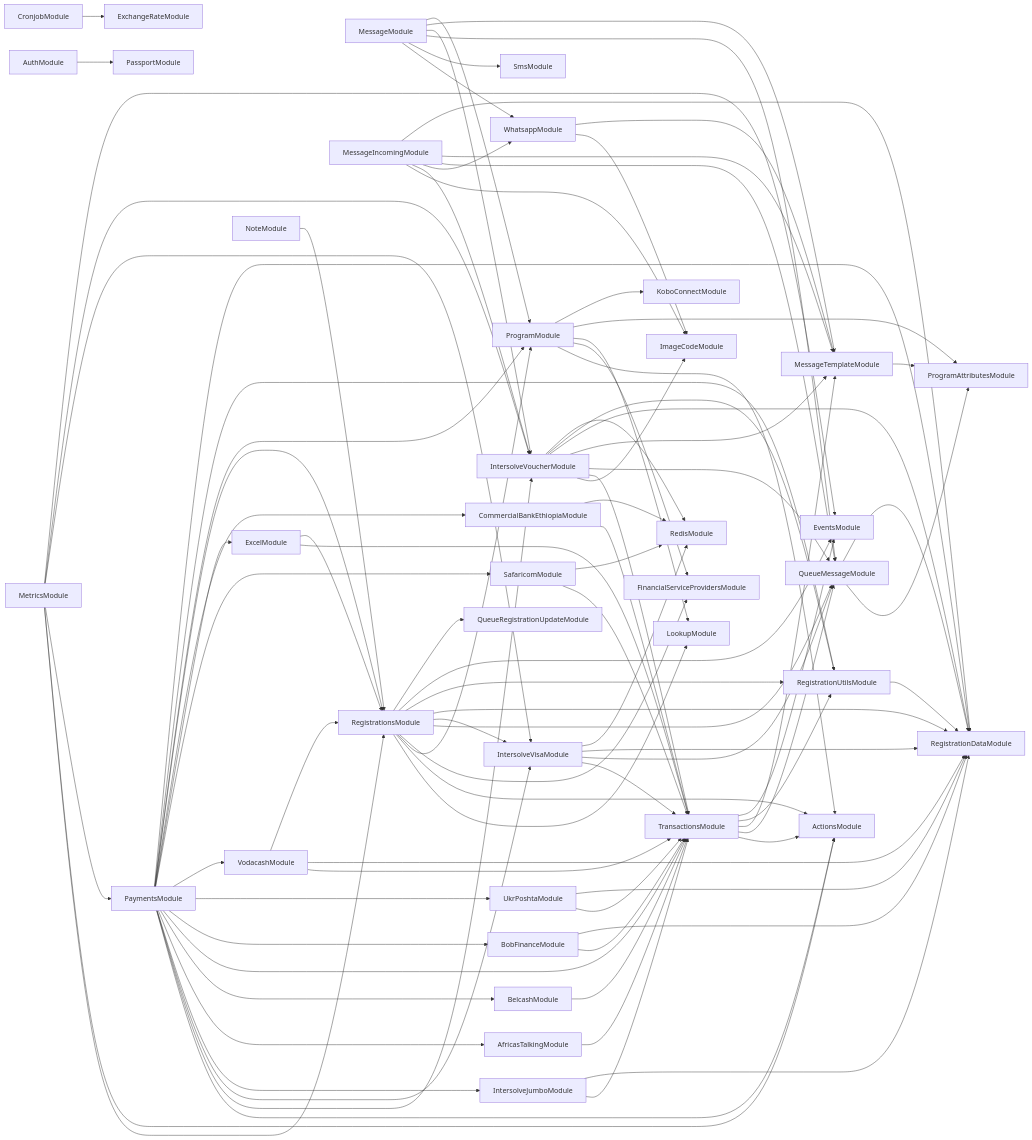
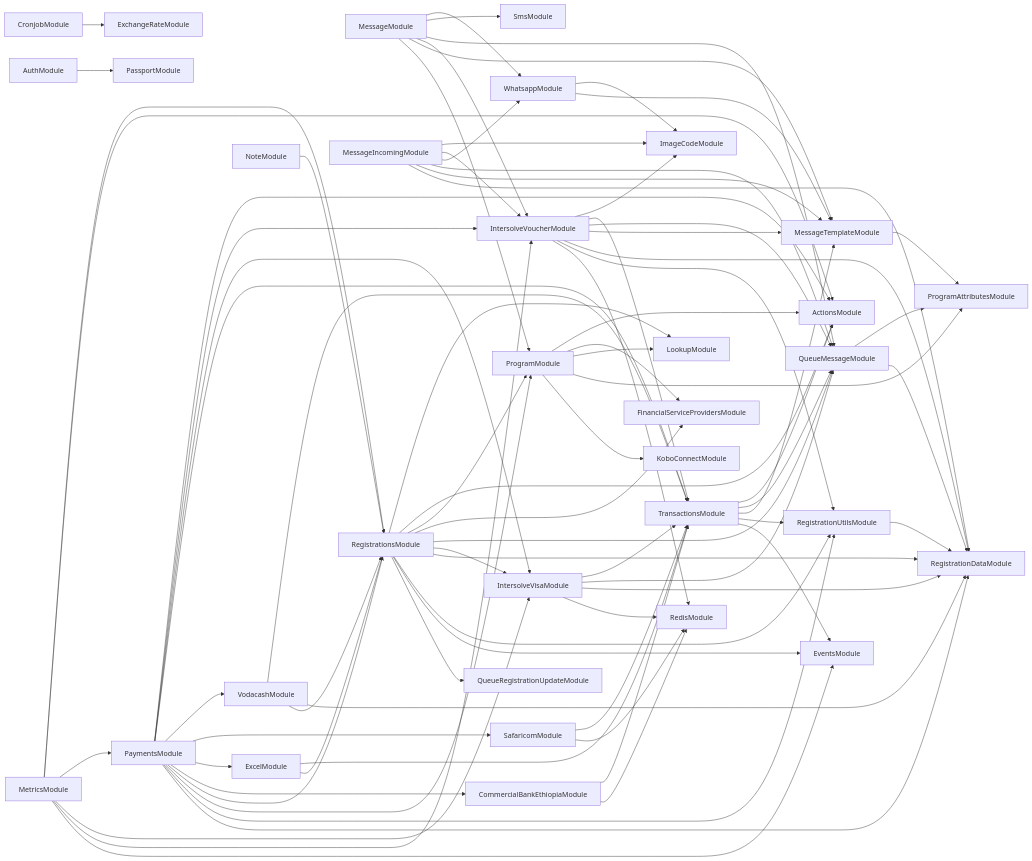
Before and after one commit to global-121/121-platform: the diagram in services/121-service/module-dependencies.md, drawn with Mermaid. The commit also changed 88 other files, not shown here.

```diff
--- a/services/121-service/module-dependencies.md
+++ b/services/121-service/module-dependencies.md
@@ -52,20 +52,7 @@
   PaymentsModule-->ActionsModule
   PaymentsModule-->IntersolveVoucherModule
   PaymentsModule-->IntersolveVisaModule
-  PaymentsModule-->IntersolveJumboModule
-  IntersolveJumboModule-->TransactionsModule
-  IntersolveJumboModule-->RegistrationDataModule
-  PaymentsModule-->AfricasTalkingModule
-  AfricasTalkingModule-->TransactionsModule
-  PaymentsModule-->BelcashModule
-  BelcashModule-->TransactionsModule
   PaymentsModule-->TransactionsModule
-  PaymentsModule-->BobFinanceModule
-  BobFinanceModule-->TransactionsModule
-  BobFinanceModule-->RegistrationDataModule
-  PaymentsModule-->UkrPoshtaModule
-  UkrPoshtaModule-->TransactionsModule
-  UkrPoshtaModule-->RegistrationDataModule
   PaymentsModule-->VodacashModule
   VodacashModule-->TransactionsModule
   VodacashModule-->RegistrationDataModule
```
